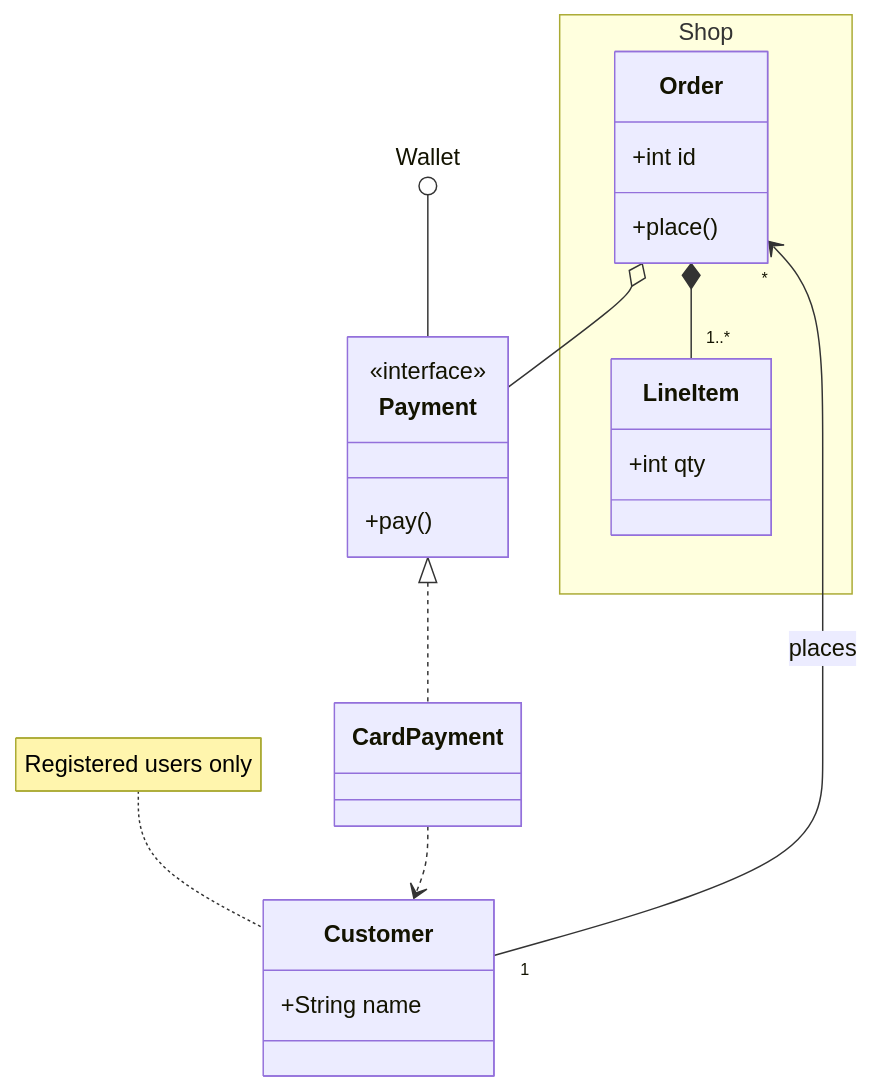
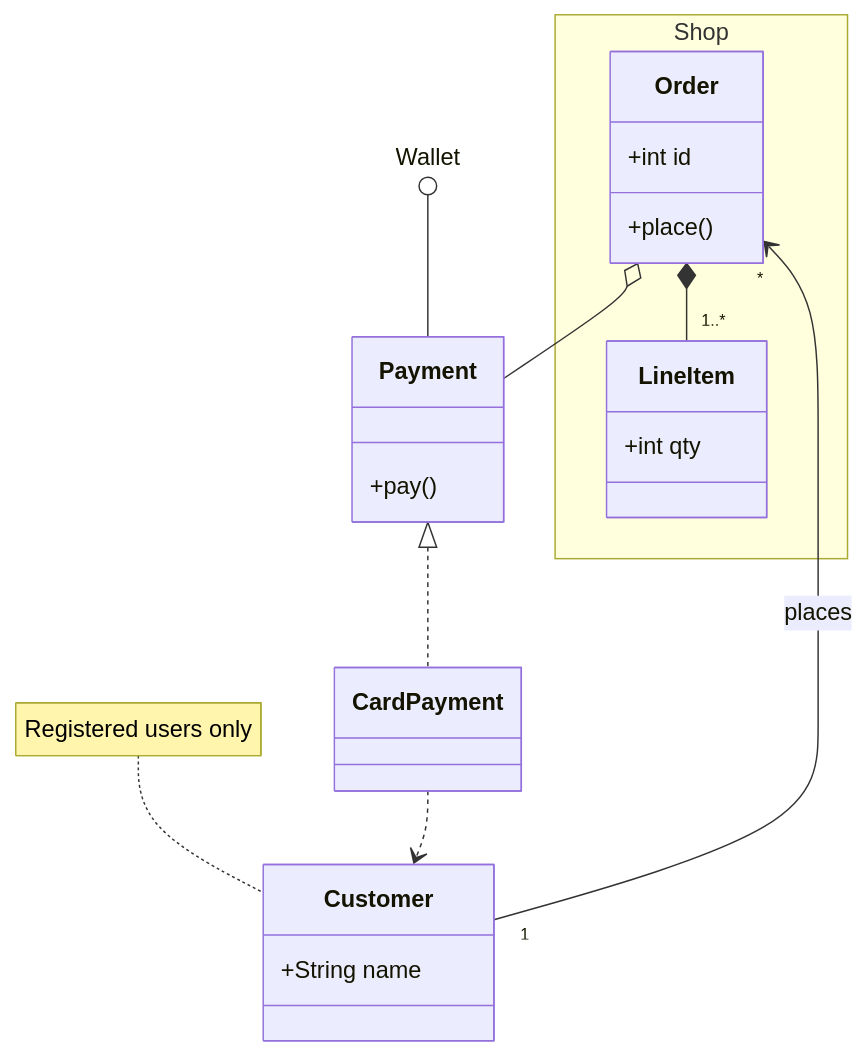
The diagram in e2e/diagrams/class-diagram/pr-check/layout-layered-class.mmd (mermaid-js/mermaid), drawn with Mermaid before and after one commit.

Commit message:
test(e2e): drop the <<interface>> annotation from the layered class fixture
The mmd snapshot viewer injects code with innerHTML, so the annotation was
parsed as an HTML tag and the fixture rendered a syntax error.

```diff
--- a/e2e/diagrams/class-diagram/pr-check/layout-layered-class.mmd
+++ b/e2e/diagrams/class-diagram/pr-check/layout-layered-class.mmd
@@ -1,32 +1,31 @@
 ---
 description:
   A class diagram under the layered layout, with relation markers, cardinality
   labels at the edge ends, a relation label, a namespace, a note and a lollipop
   interface.
 config:
   layout: layered
 ---
 classDiagram
   namespace Shop {
     class Order {
       +int id
       +place()
     }
     class LineItem {
       +int qty
     }
   }
   class Customer {
     +String name
   }
   class Payment {
-    <<interface>>
     +pay()
   }
   Customer "1" --> "*" Order : places
   Order *-- "1..*" LineItem
   Order o-- Payment
   Payment <|.. CardPayment
   CardPayment ..> Customer
   Wallet ()-- Payment
   note for Customer "Registered users only"
```
